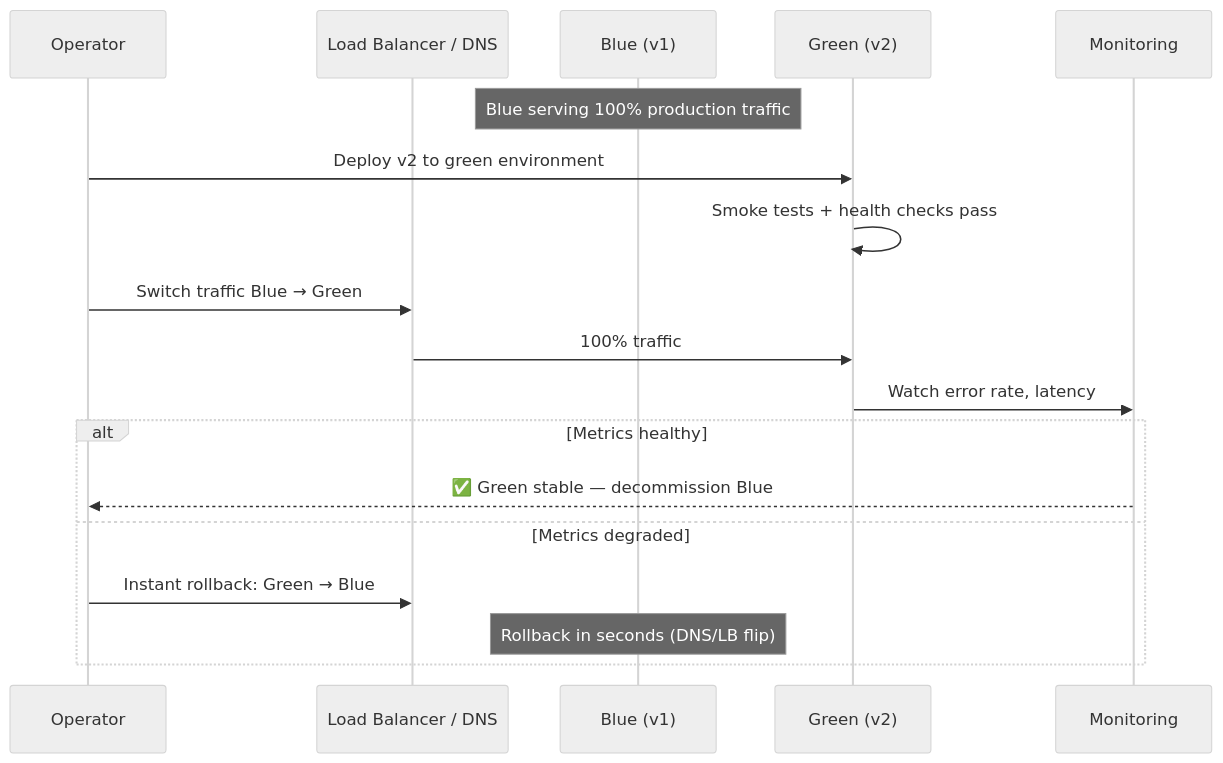
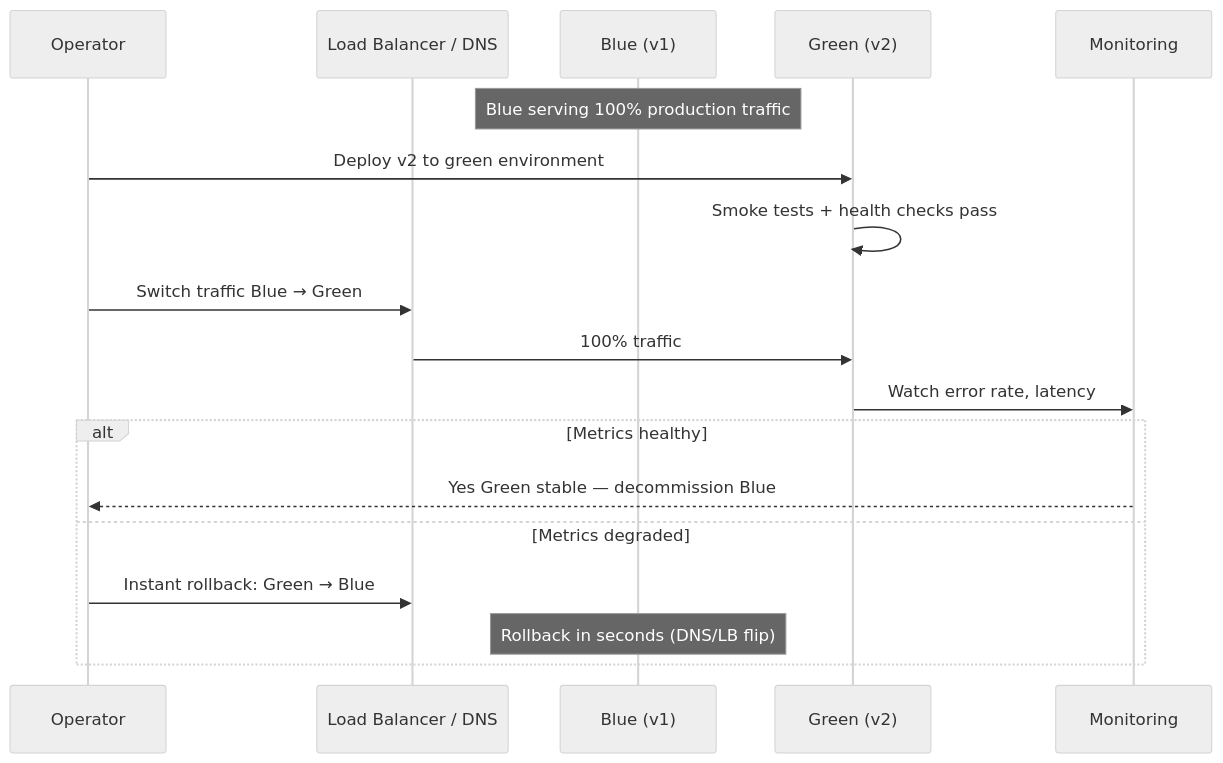
Before and after one commit to billywr/system-design: diagram 14 of 48 in 09-infrastructure/32-cicd-deployment-strategies.md, drawn with Mermaid (neutral theme). The commit also changed other lines of this file and 39 other files, not shown here.

````diff
--- a/09-infrastructure/32-cicd-deployment-strategies.md
+++ b/09-infrastructure/32-cicd-deployment-strategies.md
@@ -471,21 +471,21 @@
 ```mermaid
 sequenceDiagram
     participant Ops as Operator
     participant LB as Load Balancer / DNS
     participant Blue as Blue (v1)
     participant Green as Green (v2)
     participant MON as Monitoring
 
     Note over Blue: Blue serving 100% production traffic
     Ops->>Green: Deploy v2 to green environment
     Green->>Green: Smoke tests + health checks pass
     Ops->>LB: Switch traffic Blue → Green
     LB->>Green: 100% traffic
     Green->>MON: Watch error rate, latency
     alt Metrics healthy
-        MON-->>Ops: ✅ Green stable — decommission Blue
+        MON-->>Ops: Yes Green stable — decommission Blue
     else Metrics degraded
         Ops->>LB: Instant rollback: Green → Blue
         Note over Blue: Rollback in seconds (DNS/LB flip)
     end
 ```
````
